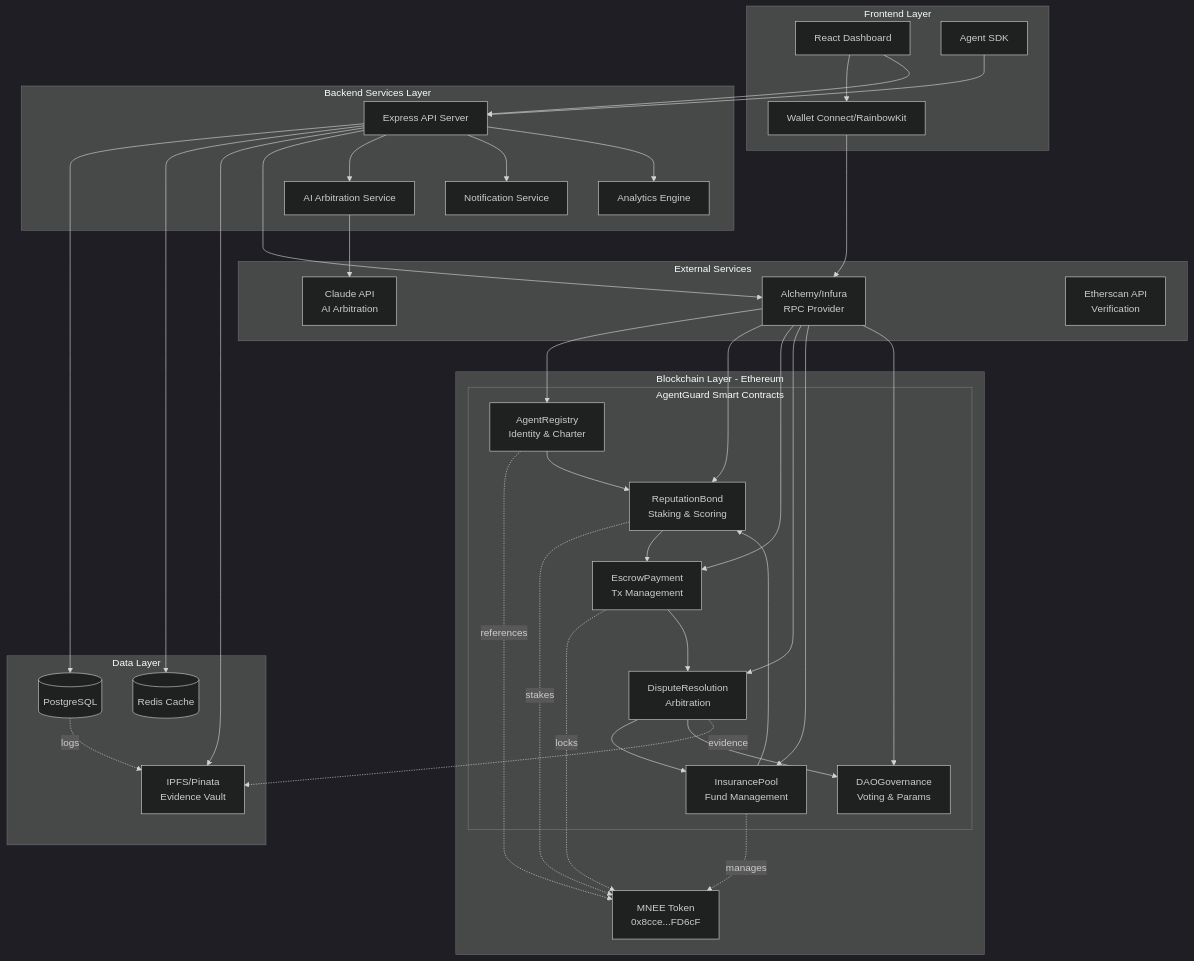
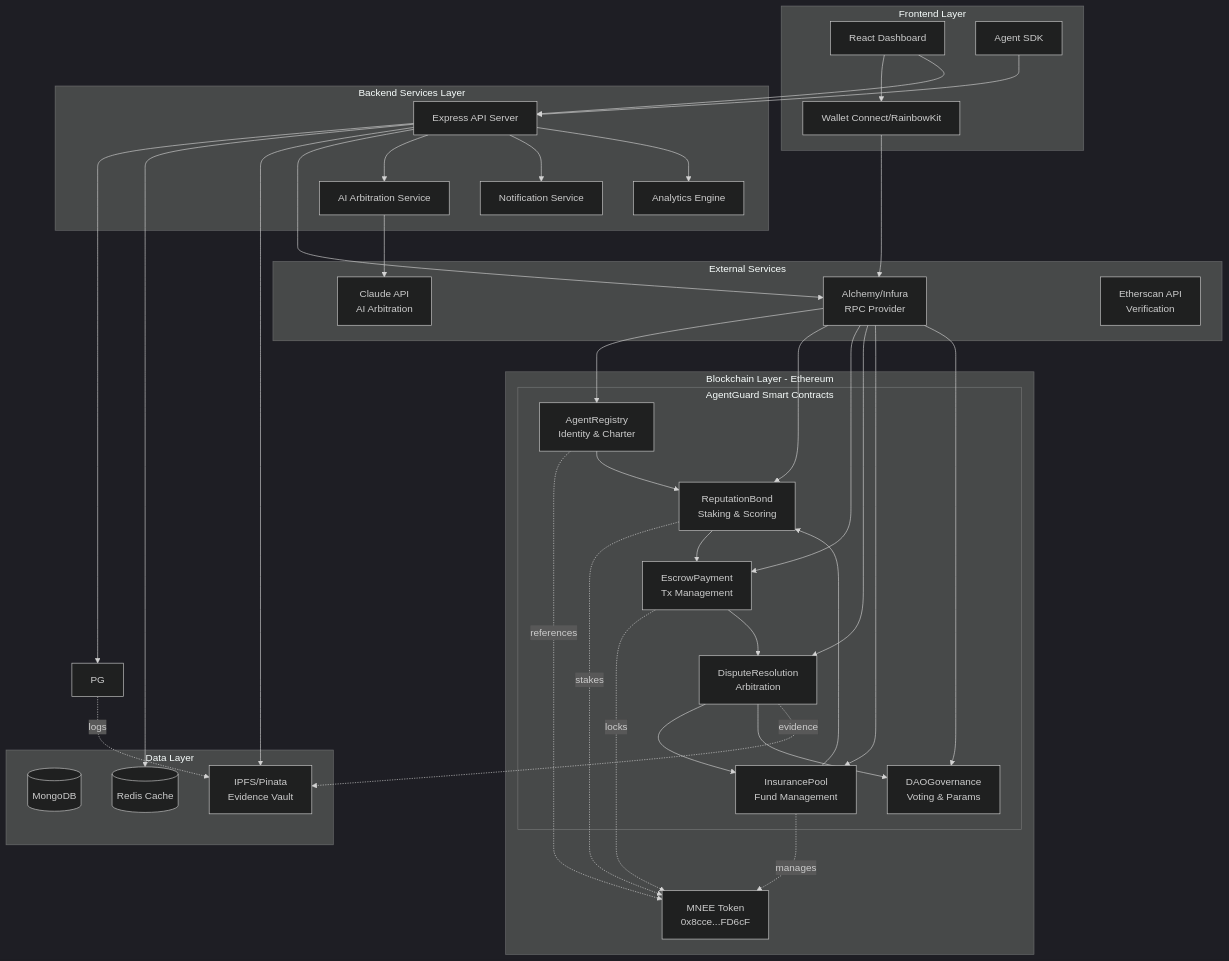
One commit to Teewa56/AgentGaurd changed the diagram in README.md. Above: the diagram before and after it, drawn with Mermaid (dark theme). The commit also changed other lines of this file and 7 other files, not shown here.

````diff
--- a/README.md
+++ b/README.md
@@ -119,76 +119,76 @@
 ```mermaid
 graph TB
     subgraph "Frontend Layer"
         UI[React Dashboard]
         WC[Wallet Connect/RainbowKit]
         SDK[Agent SDK]
     end
 
     subgraph "Backend Services Layer"
         API[Express API Server]
         ARB[AI Arbitration Service]
         NOTIF[Notification Service]
         ANALYTICS[Analytics Engine]
     end
 
     subgraph "Data Layer"
-        PG[(PostgreSQL)]
+        MD[(MongoDB)]
         REDIS[(Redis Cache)]
         IPFS[IPFS/Pinata<br/>Evidence Vault]
     end
 
     subgraph "Blockchain Layer - Ethereum"
         MNEE[MNEE Token<br/>0x8cce...FD6cF]
         
         subgraph "AgentGuard Smart Contracts"
             REG[AgentRegistry<br/>Identity & Charter]
             BOND[ReputationBond<br/>Staking & Scoring]
             ESC[EscrowPayment<br/>Tx Management]
             DISP[DisputeResolution<br/>Arbitration]
             POOL[InsurancePool<br/>Fund Management]
             GOV[DAOGovernance<br/>Voting & Params]
         end
     end
 
     subgraph "External Services"
         CLAUDE[Claude API<br/>AI Arbitration]
         ALCHEMY[Alchemy/Infura<br/>RPC Provider]
         ETHERSCAN[Etherscan API<br/>Verification]
     end
 
     UI --> WC
     UI --> API
     SDK --> API
     WC --> ALCHEMY
     
     API --> PG
     API --> REDIS
     API --> IPFS
     API --> ALCHEMY
     ARB --> CLAUDE
     API --> ARB
     API --> NOTIF
     API --> ANALYTICS
     
     ALCHEMY --> REG
     ALCHEMY --> BOND
     ALCHEMY --> ESC
     ALCHEMY --> DISP
     ALCHEMY --> POOL
     ALCHEMY --> GOV
     
     REG -.references.-> MNEE
     BOND -.stakes.-> MNEE
     ESC -.locks.-> MNEE
     POOL -.manages.-> MNEE
     
     REG --> BOND
     BOND --> ESC
     ESC --> DISP
     DISP --> POOL
     DISP --> GOV
     POOL --> BOND
     
     PG -.logs.-> IPFS
     DISP -.evidence.-> IPFS
 ```
````
